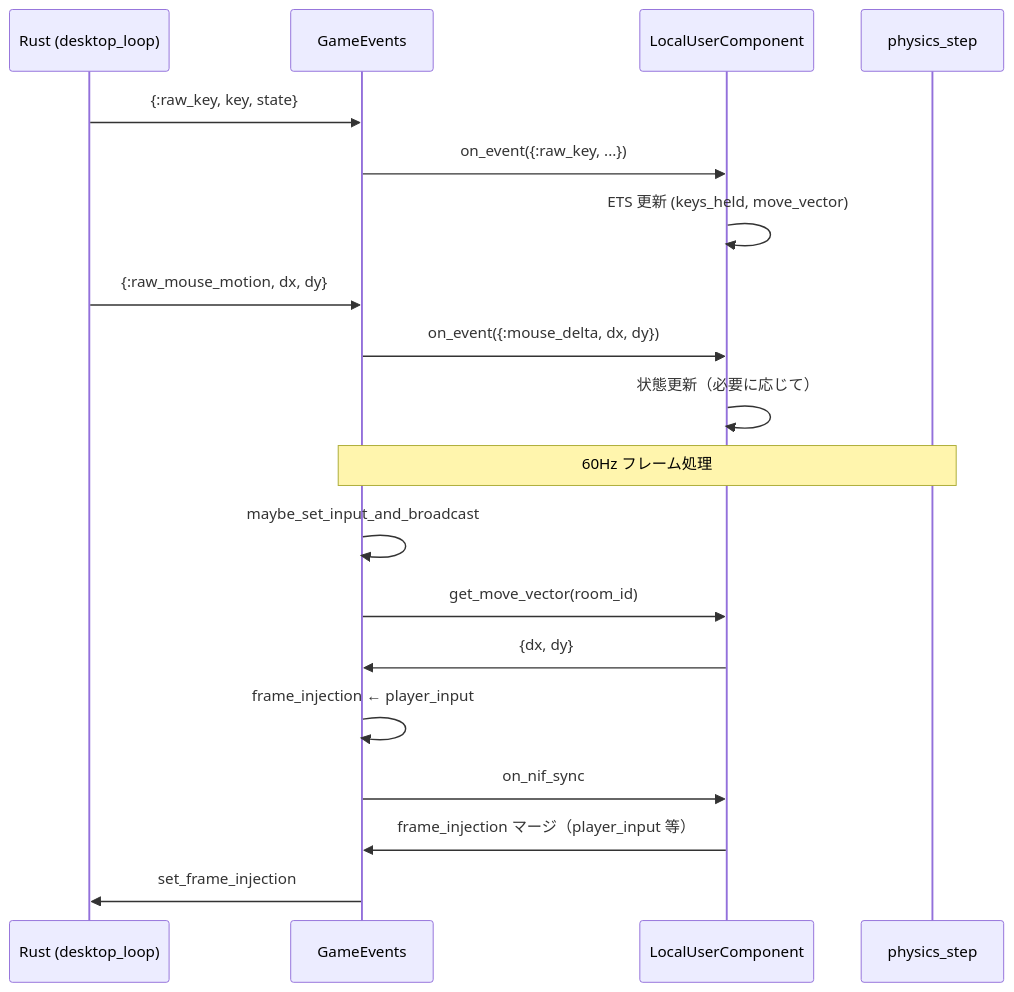
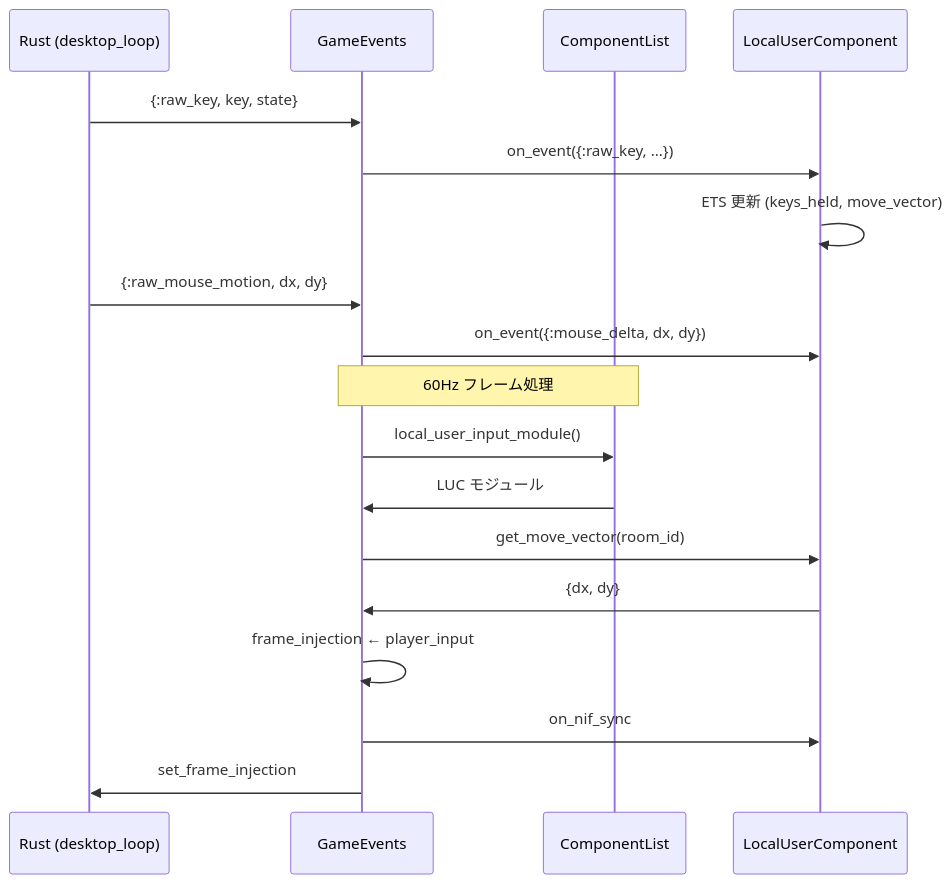
Before and after one commit to FRICK-ELDY/alchemy-engine: the diagram in docs/plan/local-user-component-design.md, drawn with Mermaid. The commit also changed other lines of this file and 11 other files, not shown here.

Commit message:
feat: LocalUserComponent を導入し InputHandler を廃止

````diff
--- a/docs/plan/local-user-component-design.md
+++ b/docs/plan/local-user-component-design.md
@@ -76,24 +79,23 @@
 ```mermaid
 sequenceDiagram
     participant Rust as Rust (desktop_loop)
     participant GE as GameEvents
+    participant CL as ComponentList
     participant LUC as LocalUserComponent
-    participant Phys as physics_step
 
     Rust->>GE: {:raw_key, key, state}
     GE->>LUC: on_event({:raw_key, ...})
     LUC->>LUC: ETS 更新 (keys_held, move_vector)
 
     Rust->>GE: {:raw_mouse_motion, dx, dy}
     GE->>LUC: on_event({:mouse_delta, dx, dy})
-    LUC->>LUC: 状態更新（必要に応じて）
 
-    Note over GE,Phys: 60Hz フレーム処理
-    GE->>GE: maybe_set_input_and_broadcast
+    Note over GE,CL: 60Hz フレーム処理
+    GE->>CL: local_user_input_module()
+    CL->>GE: LUC モジュール
     GE->>LUC: get_move_vector(room_id)
     LUC->>GE: {dx, dy}
     GE->>GE: frame_injection ← player_input
     GE->>LUC: on_nif_sync
-    LUC->>GE: frame_injection マージ（player_input 等）
     GE->>Rust: set_frame_injection
 ```
````
